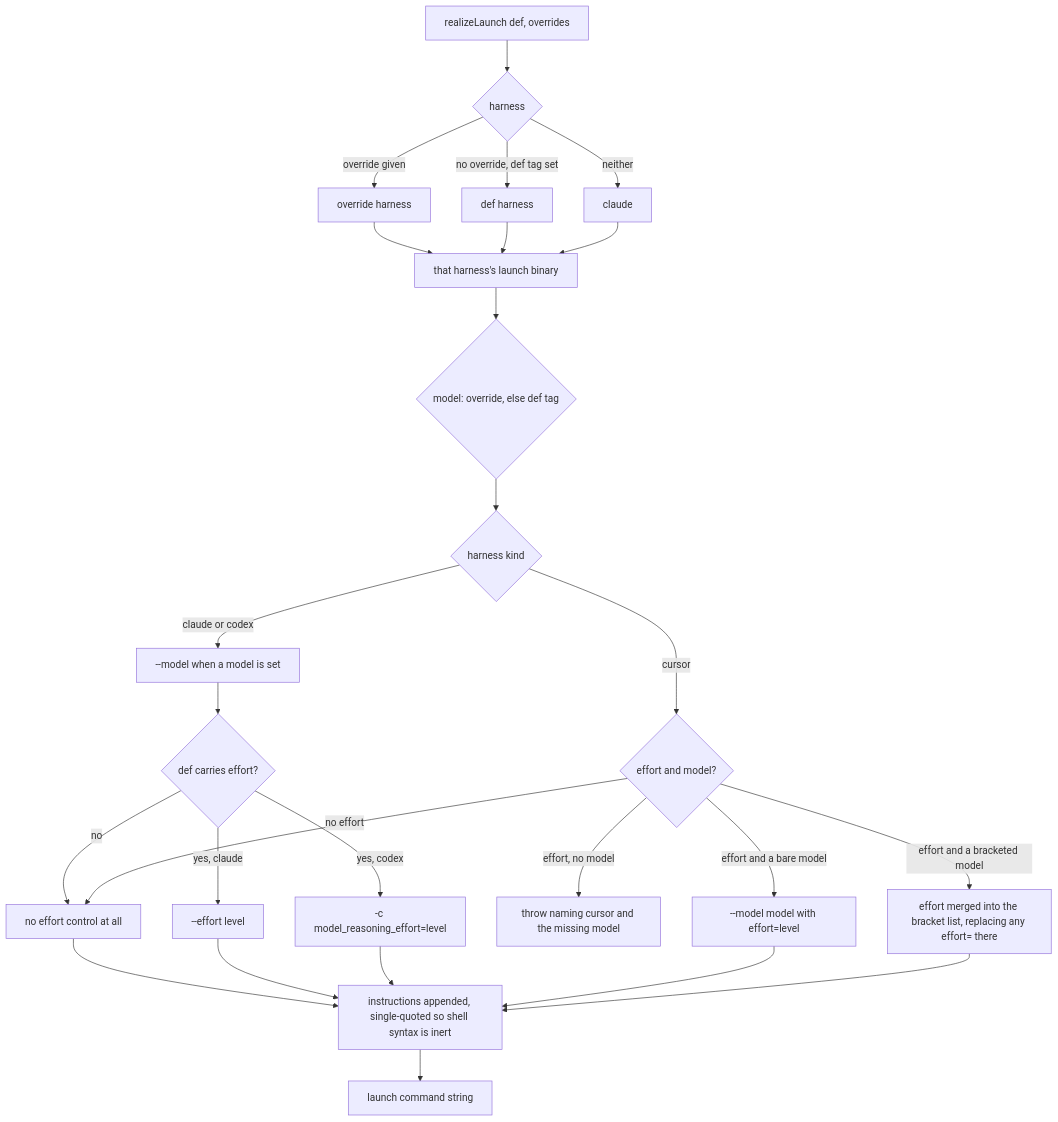
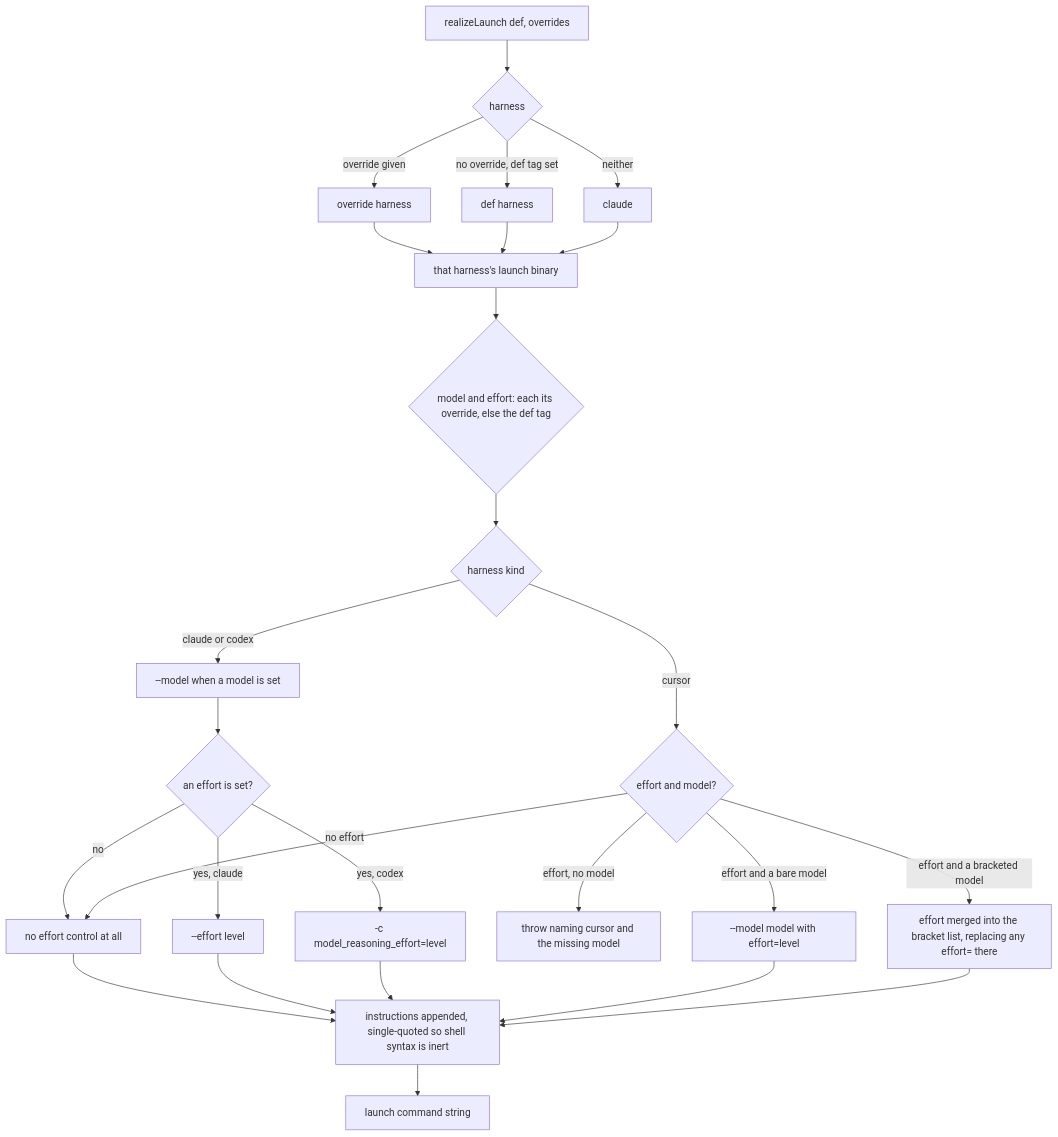
Before and after one commit to cyberuni/cyberlegion: the third of 4 diagrams in packages/cyberlegion/.agents/spec/agent/README.md, drawn with Mermaid. The commit also changed other lines of this file, not shown here.

First line of the commit message:
fix: map #41's effort-override scenario on the agent node (main is red) (#55)

````diff
--- a/packages/cyberlegion/.agents/spec/agent/README.md
+++ b/packages/cyberlegion/.agents/spec/agent/README.md
@@ -149,28 +149,28 @@
 ```mermaid
 graph TD
   REALIZE[realizeLaunch def, overrides] --> HARNESS{harness}
   HARNESS -->|override given| OVH[override harness]
   HARNESS -->|no override, def tag set| DEFH[def harness]
   HARNESS -->|neither| DEFAULT[claude]
   OVH --> BINARY[that harness's launch binary]
   DEFH --> BINARY
   DEFAULT --> BINARY
-  BINARY --> MODEL{model: override, else def tag}
+  BINARY --> MODEL{model and effort: each its override, else the def tag}
   MODEL --> KIND{harness kind}
   KIND -->|claude or codex| FLAGMODEL[--model when a model is set]
-  FLAGMODEL --> EFFORT{def carries effort?}
+  FLAGMODEL --> EFFORT{an effort is set?}
   EFFORT -->|no| NOEFFORT[no effort control at all]
   EFFORT -->|yes, claude| CLAUDE[--effort level]
   EFFORT -->|yes, codex| CODEX[-c model_reasoning_effort=level]
   KIND -->|cursor| CURSOR{effort and model?}
   CURSOR -->|effort, no model| REFUSE[throw naming cursor and the missing model]
   CURSOR -->|no effort| NOEFFORT
   CURSOR -->|effort and a bare model| BRACKET[--model model with effort=level]
   CURSOR -->|effort and a bracketed model| MERGE[effort merged into the bracket list, replacing any effort= there]
   NOEFFORT --> INSTR[instructions appended, single-quoted so shell syntax is inert]
   CLAUDE --> INSTR
   CODEX --> INSTR
   BRACKET --> INSTR
   MERGE --> INSTR
   INSTR --> COMMAND[launch command string]
 ```
````
